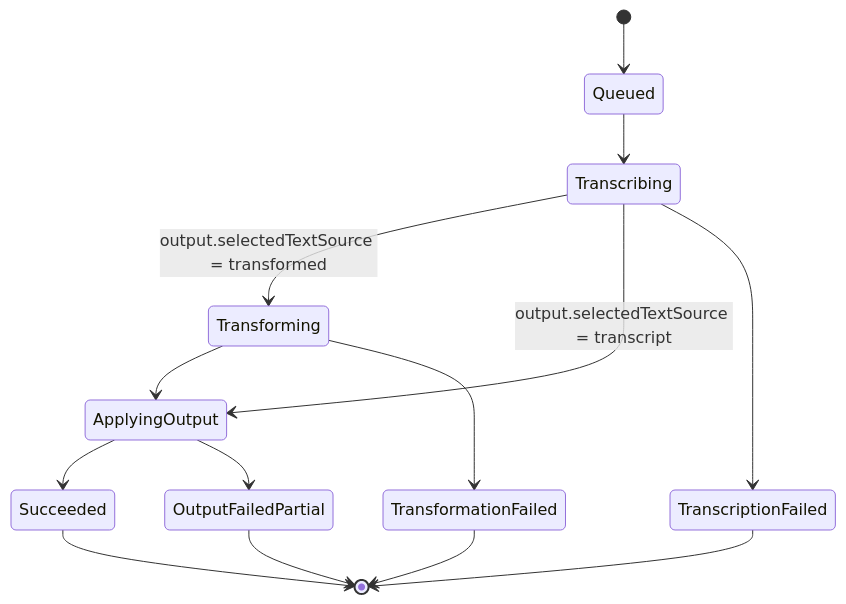
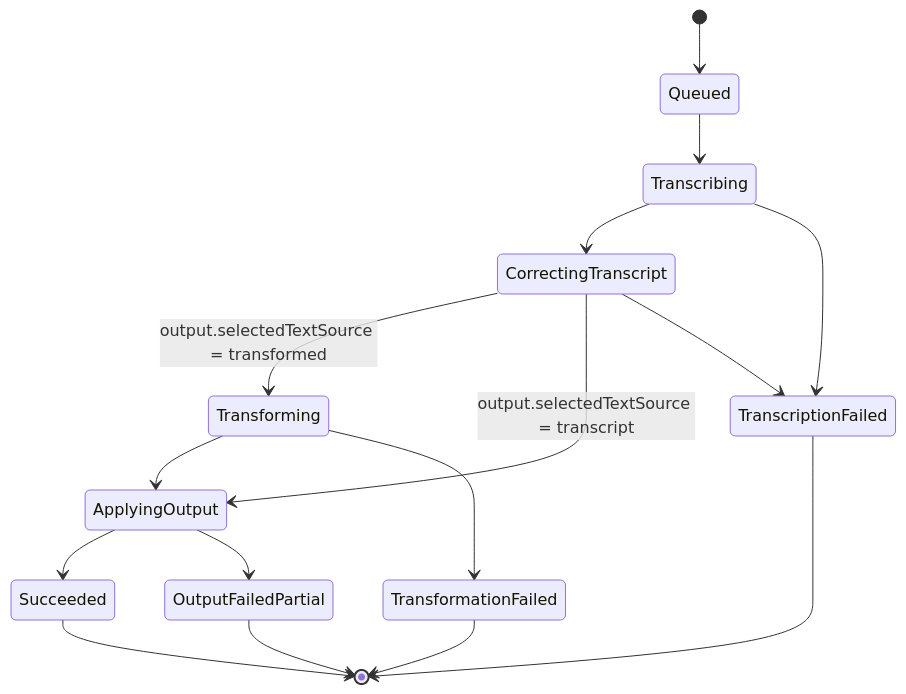
The fourth of 8 diagrams in specs/spec.md (massun-onibakuchi/speech-to-text-app), drawn with Mermaid before and after one commit. The commit also changed other lines of this file and 1 other file, not shown here.

````diff
--- a/specs/spec.md
+++ b/specs/spec.md
@@ -531,16 +591,18 @@
 ```mermaid
 stateDiagram-v2
   [*] --> Queued
   Queued --> Transcribing
-  Transcribing --> Transforming: output.selectedTextSource = transformed
-  Transcribing --> ApplyingOutput: output.selectedTextSource = transcript
+  Transcribing --> CorrectingTranscript
+  CorrectingTranscript --> Transforming: output.selectedTextSource = transformed
+  CorrectingTranscript --> ApplyingOutput: output.selectedTextSource = transcript
   Transforming --> ApplyingOutput
   ApplyingOutput --> Succeeded
   Transcribing --> TranscriptionFailed
+  CorrectingTranscript --> TranscriptionFailed
   Transforming --> TransformationFailed
   ApplyingOutput --> OutputFailedPartial
   Succeeded --> [*]
   TranscriptionFailed --> [*]
   TransformationFailed --> [*]
   OutputFailedPartial --> [*]
 ```
````
